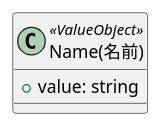
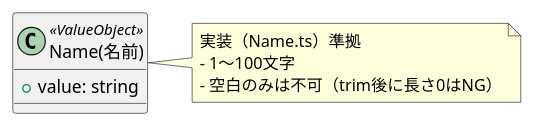
Before and after one commit to misdo-tabeyo/funny-reservation: the diagram in src/Domain/models/Booking/Name/Name.pu, drawn with PlantUML. The commit also changed 7 other files, not shown here.

Commit message:
docs: ドメインモデル図を実装に合わせて更新

```diff
--- a/src/Domain/models/Booking/Name/Name.pu
+++ b/src/Domain/models/Booking/Name/Name.pu
@@ -1,5 +1,11 @@
 @startuml Name
 class "Name(名前)" as Name <<ValueObject>> {
   + value: string
 }
+
+note right of Name
+  実装（Name.ts）準拠
+  - 1〜100文字
+  - 空白のみは不可（trim後に長さ0はNG）
+end note
 @enduml
```
